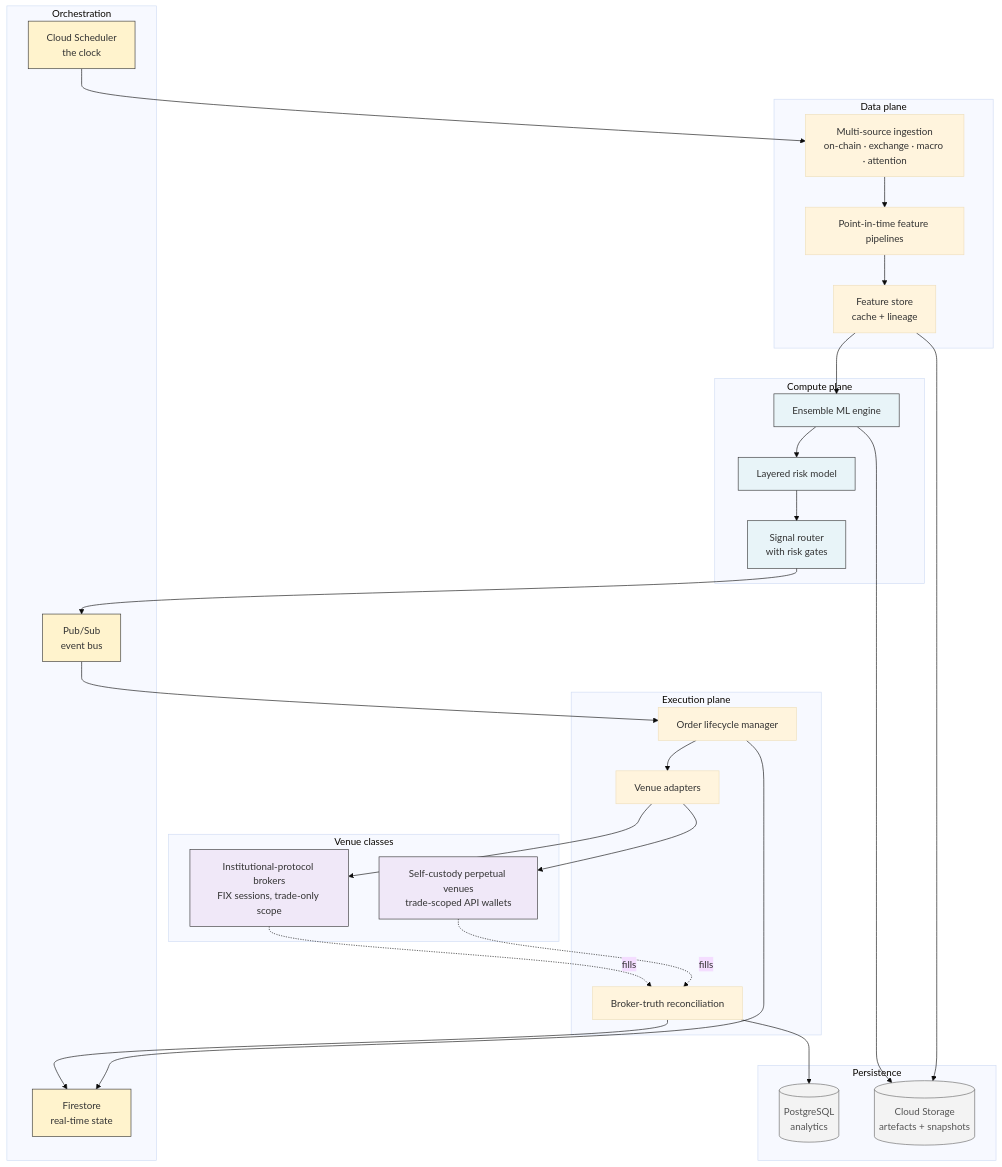
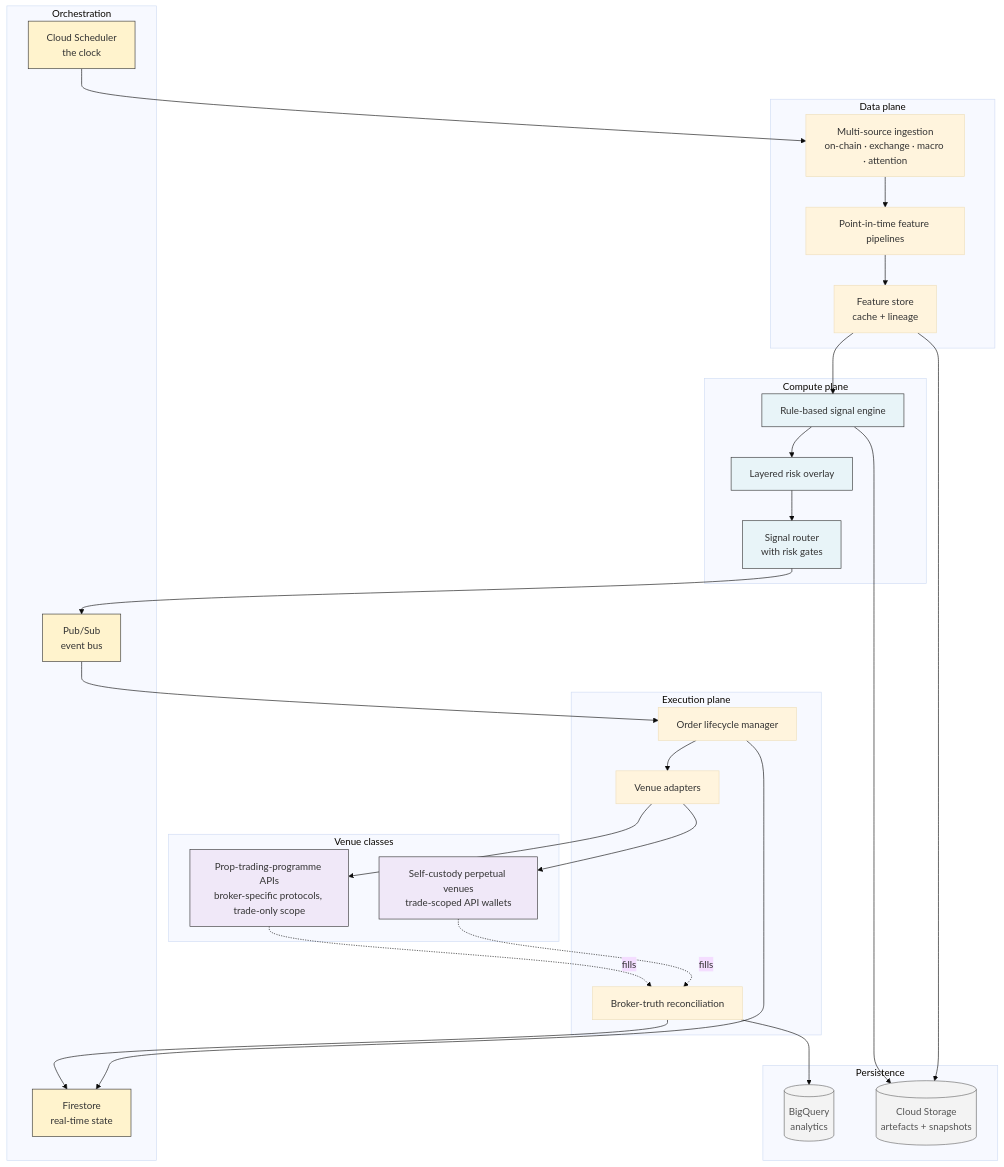
One commit to DisuzaQuantitative/Disuza-Quantitative changed the diagram in docs/diagrams/high-level-architecture.mmd. Above: the diagram before and after it, drawn with Mermaid (base theme). The commit also changed 20 other files, not shown here.

```diff
--- a/docs/diagrams/high-level-architecture.mmd
+++ b/docs/diagrams/high-level-architecture.mmd
@@ -1,66 +1,66 @@
 %% Disuza Quantitative — High-level Architecture
-%% Version 3 · 2026-04-20
+%% Version 3.1 · 2026-05-22
 %% Render natively on GitHub. Paste into https://mermaid.live for interactive view.
 
 graph TB
   subgraph Orchestration
     CS[Cloud Scheduler<br/>the clock]
     PS[Pub/Sub<br/>event bus]
     FS[Firestore<br/>real-time state]
   end
 
   subgraph "Data plane"
     ING[Multi-source ingestion<br/>on-chain · exchange · macro · attention]
     PIT[Point-in-time feature pipelines]
     FST[Feature store<br/>cache + lineage]
   end
 
   subgraph "Compute plane"
-    ML[Ensemble ML engine]
-    RISK[Layered risk model]
+    ML[Rule-based signal engine]
+    RISK[Layered risk overlay]
     ROUTER[Signal router<br/>with risk gates]
   end
 
   subgraph "Execution plane"
     ADAPT[Venue adapters]
     LIFE[Order lifecycle manager]
     RECON[Broker-truth reconciliation]
   end
 
   subgraph "Venue classes"
-    INST[Institutional-protocol brokers<br/>FIX sessions, trade-only scope]
+    INST[Prop-trading-programme APIs<br/>broker-specific protocols, trade-only scope]
     SELF[Self-custody perpetual venues<br/>trade-scoped API wallets]
   end
 
   subgraph Persistence
-    SQL[(PostgreSQL<br/>analytics)]
+    SQL[(BigQuery<br/>analytics)]
     GCS[(Cloud Storage<br/>artefacts + snapshots)]
   end
 
   CS --> ING
   ING --> PIT
   PIT --> FST
   FST --> ML
   ML --> RISK
   RISK --> ROUTER
   ROUTER --> PS
   PS --> LIFE
   LIFE --> ADAPT
   ADAPT --> INST
   ADAPT --> SELF
   INST -.->|fills| RECON
   SELF -.->|fills| RECON
   RECON --> FS
   LIFE --> FS
   ML --> GCS
   FST --> GCS
   RECON --> SQL
 
   classDef plane fill:#e8f4f8,stroke:#333,stroke-width:1px
   classDef orch fill:#fff3cd,stroke:#333,stroke-width:1px
   classDef venue fill:#f0e8f8,stroke:#333,stroke-width:1px
   classDef persist fill:#f3f3f3,stroke:#666,stroke-width:1px,color:#555
   class ML,RISK,ROUTER plane
   class CS,PS,FS orch
   class INST,SELF venue
   class SQL,GCS persist
```
